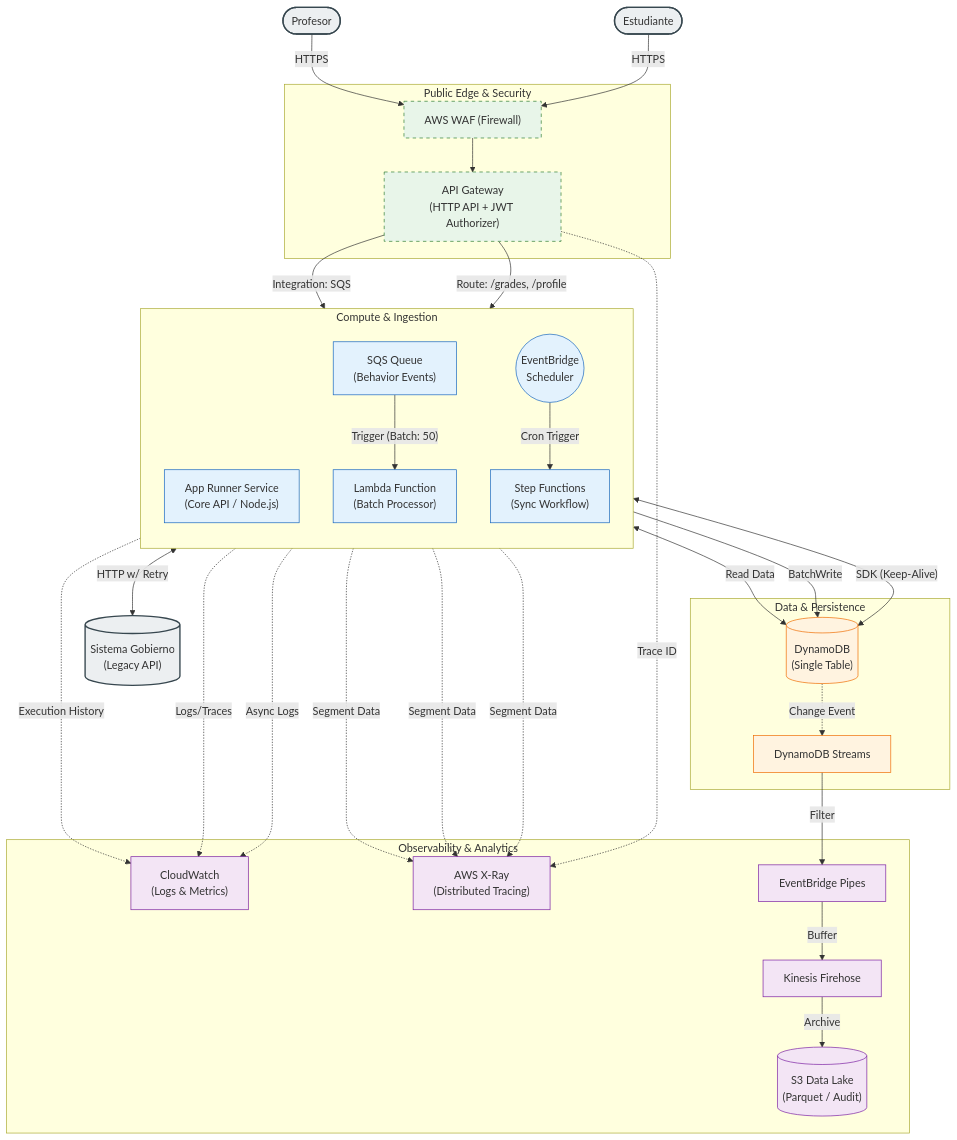
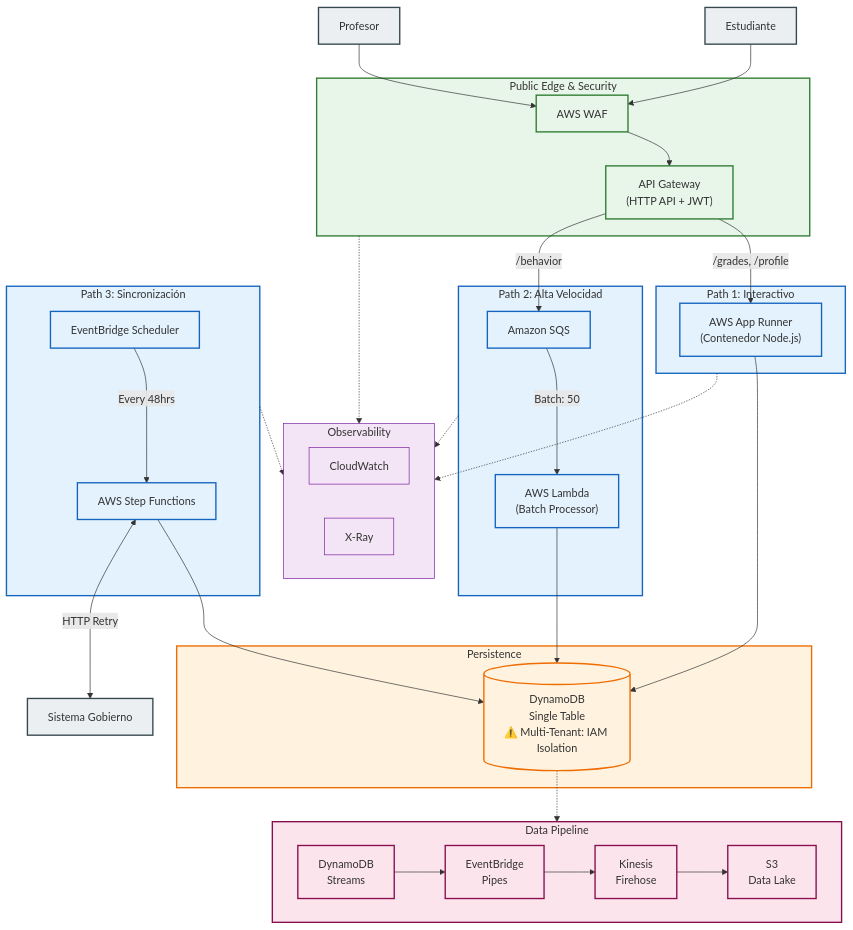
Before and after one commit to fabzter/luca-home-assessment: the diagram in README.md, drawn with Mermaid. The commit also changed other lines of this file and 1 other file, not shown here.

Commit message:
new starting point for the architecture document

````diff
--- a/README.md
+++ b/README.md
@@ -25,91 +24,92 @@
 ```mermaid
-flowchart TD
-    %% --- External Actors ---
-    Student([Estudiante])
-    Prof([Profesor])
-    GovAPI[("Sistema Gobierno\n(Legacy API)")]
+flowchart TB
+    %% External Actors
+    Student["Estudiante"]
+    Teacher["Profesor"]
+    GovSystem["Sistema Gobierno"]
 
-    %% --- Public Edge Layer ---
-    subgraph Edge ["Public Edge & Security"]
-        WAF["AWS WAF (Firewall)"]
-        APIG["API Gateway\n(HTTP API + JWT Authorizer)"]
+    %% === PUBLIC EDGE LAYER ===
+    subgraph EdgeLayer ["Public Edge & Security"]
+        WAF["AWS WAF"]
+        APIG["API Gateway<br/>(HTTP API + JWT)"]
     end
 
-    %% --- Compute Layer ---
-    subgraph Compute ["Compute & Ingestion"]
-        direction TB
-        %% Síncrono
-        AppRunner["App Runner Service\n(Core API / Node.js)"]
-        
-        %% Asíncrono (Ingesta)
-        SQS["SQS Queue\n(Behavior Events)"]
-        Worker["Lambda Function\n(Batch Processor)"]
-        
-        %% Asíncrono (Sync Gobierno)
-        Scheduler(("EventBridge\nScheduler"))
-        StepF["Step Functions\n(Sync Workflow)"]
+    %% === COMPUTE & INGESTION LAYER ===
+    subgraph Path1 ["Path 1: Interactivo"]
+        AppRunner["AWS App Runner<br/>(Contenedor Node.js)"]
     end
 
-    %% --- Data Layer ---
-    subgraph Data ["Data & Persistence"]
-        DDB[("DynamoDB\n(Single Table)")]
-        Stream["DynamoDB Streams"]
+    subgraph Path2 ["Path 2: Alta Velocidad"]
+        SQS["Amazon SQS"]
+        Lambda["AWS Lambda<br/>(Batch Processor)"]
     end
 
-    %% --- Observability & Analytics ---
-    subgraph Obs ["Observability & Analytics"]
-        CW["CloudWatch\n(Logs & Metrics)"]
-        XRay["AWS X-Ray\n(Distributed Tracing)"]
-        
-        %% Data Lake Pipeline
-        Pipes["EventBridge Pipes"]
-        Firehose["Kinesis Firehose"]
-        S3[("S3 Data Lake\n(Parquet / Audit)")]
+    subgraph Path3 ["Path 3: Sincronización"]
+        Scheduler["EventBridge Scheduler"]
+        StepFunctions["AWS Step Functions"]
     end
 
-    %% --- Relaciones (Flows) ---
+    %% === PERSISTENCE LAYER ===
+    subgraph PersistenceLayer ["Persistence"]
+        DynamoDB[("DynamoDB<br/>Single Table<br/>⚠️ Multi-Tenant: IAM Isolation")]
+    end
+
+    %% === DATA PIPELINE ===
+    subgraph DataPipeline ["Data Pipeline"]
+        direction LR
+        Streams["DynamoDB<br/>Streams"] --> Pipes["EventBridge<br/>Pipes"]
+        Pipes --> Firehose["Kinesis<br/>Firehose"]
+        Firehose --> S3["S3<br/>Data Lake"]
+    end
+
+    %% === OBSERVABILITY ===
+    subgraph ObsLayer ["Observability"]
+        direction LR
+        CloudWatch["CloudWatch"]
+        XRay["X-Ray"]
+    end
+
+    %% === TRAFFIC FLOWS ===
     
-    %% 1. Traffic Entry
-    Student & Prof -->|HTTPS| WAF
+    %% Entry
+    Student & Teacher --> WAF
     WAF --> APIG
-    
-    %% 2. Synchronous Flow (Profesor/Lectura)
-    APIG -->|"Route: /grades, /profile"| AppRunner
-    AppRunner <-->|"SDK (Keep-Alive)"| DDB
-    AppRunner -.->|"Async Logs"| CW
-    
-    %% 3. Asynchronous Flow (Estudiante/Ingesta)
-    APIG -->|"Integration: SQS"| SQS
-    SQS -->|"Trigger (Batch: 50)"| Worker
-    Worker -->|BatchWrite| DDB
-    Worker -.->|"Logs/Traces"| CW
-    
-    %% 4. Government Sync Flow
-    Scheduler -->|"Cron Trigger"| StepF
-    StepF <-->|"Read Data"| DDB
-    StepF <-->|"HTTP w/ Retry"| GovAPI
-    StepF -.->|"Execution History"| CW
 
-    %% 5. Data Pipeline & Audit
-    DDB -.->|"Change Event"| Stream
-    Stream -->|Filter| Pipes
-    Pipes -->|Buffer| Firehose
-    Firehose -->|Archive| S3
-    
-    %% 6. Tracing
-    APIG -.->|"Trace ID"| XRay
-    AppRunner & Worker & StepF -.->|"Segment Data"| XRay
+    %% Path 1: Interactive
+    APIG -->|"/grades, /profile"| AppRunner
+    AppRunner --> DynamoDB
 
-    %% Styles
-    classDef actor fill:#eceff1,stroke:#37474f,stroke-width:2px;
-    classDef edge fill:#e8f5e9,stroke:#2e7d32,stroke-dasharray: 5 5;
-    classDef compute fill:#e3f2fd,stroke:#1565c0;
-    classDef data fill:#fff3e0,stroke:#ef6c00;
-    classDef obs fill:#f3e5f5,stroke:#7b1fa2;
+    %% Path 2: High Volume
+    APIG -->|"/behavior"| SQS
+    SQS -->|"Batch: 50"| Lambda
+    Lambda --> DynamoDB
 
-    class Student,Prof,GovAPI actor;
-    class WAF,APIG edge;
-    class AppRunner,SQS,Worker,Scheduler,StepF compute;
-    class DDB,Stream data;
-    class CW,XRay,Pipes,Firehose,S3 obs;
+    %% Path 3: Government Sync
+    Scheduler -->|"Every 48hrs"| StepFunctions
+    StepFunctions --> DynamoDB
+    StepFunctions <-->|"HTTP Retry"| GovSystem
+
+    %% Data Pipeline Connection
+    DynamoDB -.-> Streams
+
+    %% Observability (simplified - single connection per layer)
+    EdgeLayer -.-> ObsLayer
+    Path1 -.-> ObsLayer
+    Path2 -.-> ObsLayer
+    Path3 -.-> ObsLayer
+
+    %% Styling
+    classDef edge fill:#e8f5e9,stroke:#2e7d32,stroke-width:2px
+    classDef compute fill:#e3f2fd,stroke:#1565c0,stroke-width:2px
+    classDef data fill:#fff3e0,stroke:#ef6c00,stroke-width:2px
+    classDef pipeline fill:#fce4ec,stroke:#880e4f,stroke-width:2px
+    classDef obs fill:#f3e5f5,stroke:#7b1fa2,stroke-width:1px
+    classDef external fill:#eceff1,stroke:#37474f,stroke-width:2px
+
+    class WAF,APIG,EdgeLayer edge
+    class AppRunner,Lambda,SQS,Scheduler,StepFunctions,Path1,Path2,Path3 compute
+    class DynamoDB,PersistenceLayer data
+    class Streams,Pipes,Firehose,S3,DataPipeline pipeline
+    class CloudWatch,XRay,ObsLayer obs
+    class Student,Teacher,GovSystem external
 ```
````
